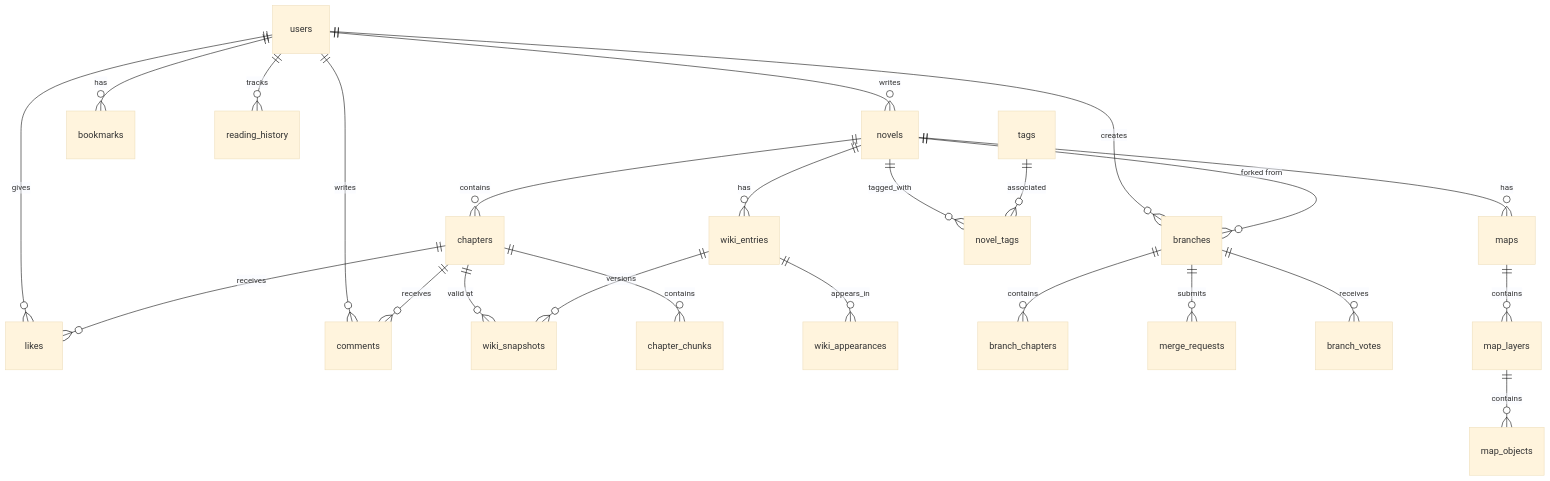
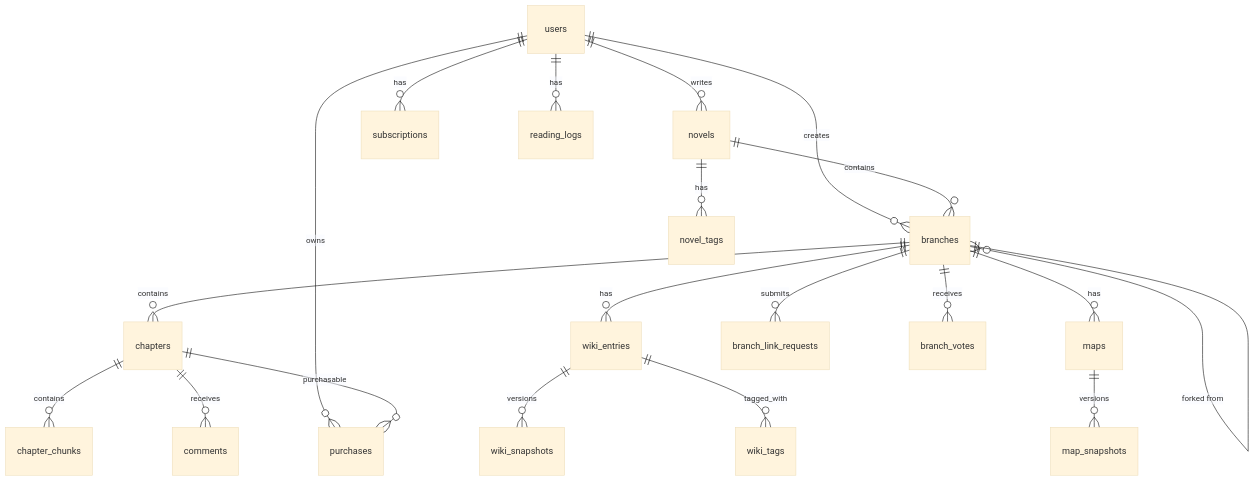
Before and after one commit to hueyjeong/ForkLore: the diagram in docs/database-schema.md, drawn with Mermaid (base theme). The commit also changed other lines of this file and 1 other file, not shown here.

````diff
--- a/docs/database-schema.md
+++ b/docs/database-schema.md
@@ -33,32 +48,27 @@
 ```mermaid
 erDiagram
     users ||--o{ novels : writes
     users ||--o{ branches : creates
-    users ||--o{ bookmarks : has
-    users ||--o{ likes : gives
-    users ||--o{ comments : writes
-    users ||--o{ reading_history : tracks
+    users ||--o{ subscriptions : has
+    users ||--o{ purchases : owns
+    users ||--o{ reading_logs : has
     
-    novels ||--o{ chapters : contains
-    novels ||--o{ wiki_entries : has
-    novels ||--o{ branches : "forked from"
-    novels ||--o{ maps : has
-    novels ||--o{ novel_tags : tagged_with
+    novels ||--o{ branches : contains
+    novels ||--o{ novel_tags : has
     
-    chapters ||--o{ wiki_snapshots : "valid at"
+    branches ||--o{ chapters : contains
+    branches ||--o{ wiki_entries : has
+    branches ||--o{ maps : has
+    branches ||--o{ branch_link_requests : submits
+    branches ||--o{ branch_votes : receives
+    branches }o--|| branches : "forked from"
+    
+    chapters ||--o{ chapter_chunks : contains
     chapters ||--o{ comments : receives
-    chapters ||--o{ chapter_chunks : contains
-    chapters ||--o{ likes : receives
+    chapters ||--o{ purchases : purchasable
     
     wiki_entries ||--o{ wiki_snapshots : versions
-    wiki_entries ||--o{ wiki_appearances : appears_in
+    wiki_entries ||--o{ wiki_tags : tagged_with
     
-    branches ||--o{ branch_chapters : contains
-    branches ||--o{ merge_requests : submits
-    branches ||--o{ branch_votes : receives
-    
-    maps ||--o{ map_layers : contains
-    map_layers ||--o{ map_objects : contains
-    
-    tags ||--o{ novel_tags : associated
+    maps ||--o{ map_snapshots : versions
 ```
````
